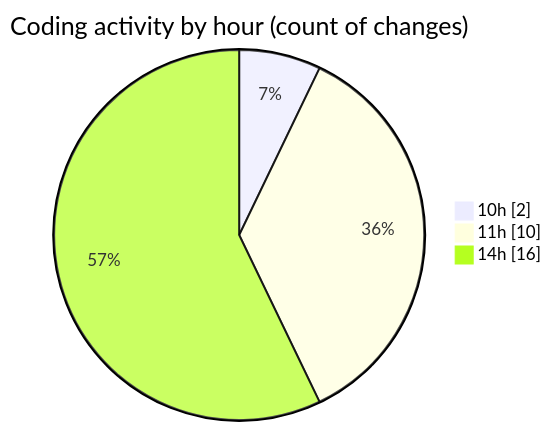
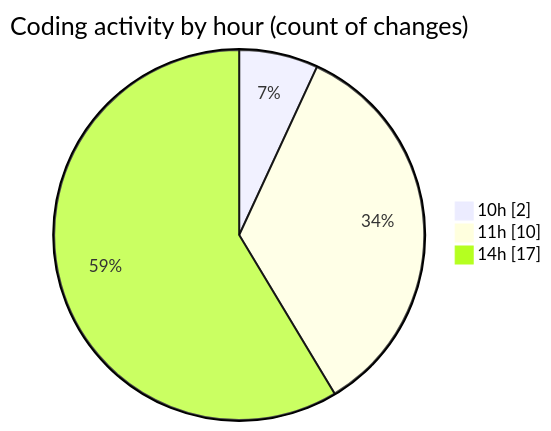
One commit to idhammustaqopulfikri/code-tracking changed the second of 2 diagrams in 2025-06-02/studio-backend/README.md. Above: the diagram before and after it, drawn with Mermaid. The commit also changed other lines of this file and 1 other file, not shown here.

````diff
--- a/2025-06-02/studio-backend/README.md
+++ b/2025-06-02/studio-backend/README.md
@@ -36,7 +37,7 @@
 ```mermaid
 pie showData
 title Coding activity by hour (count of changes)
 "10h" : 2
 "11h" : 10
-"14h" : 16
+"14h" : 17
 ```
````
